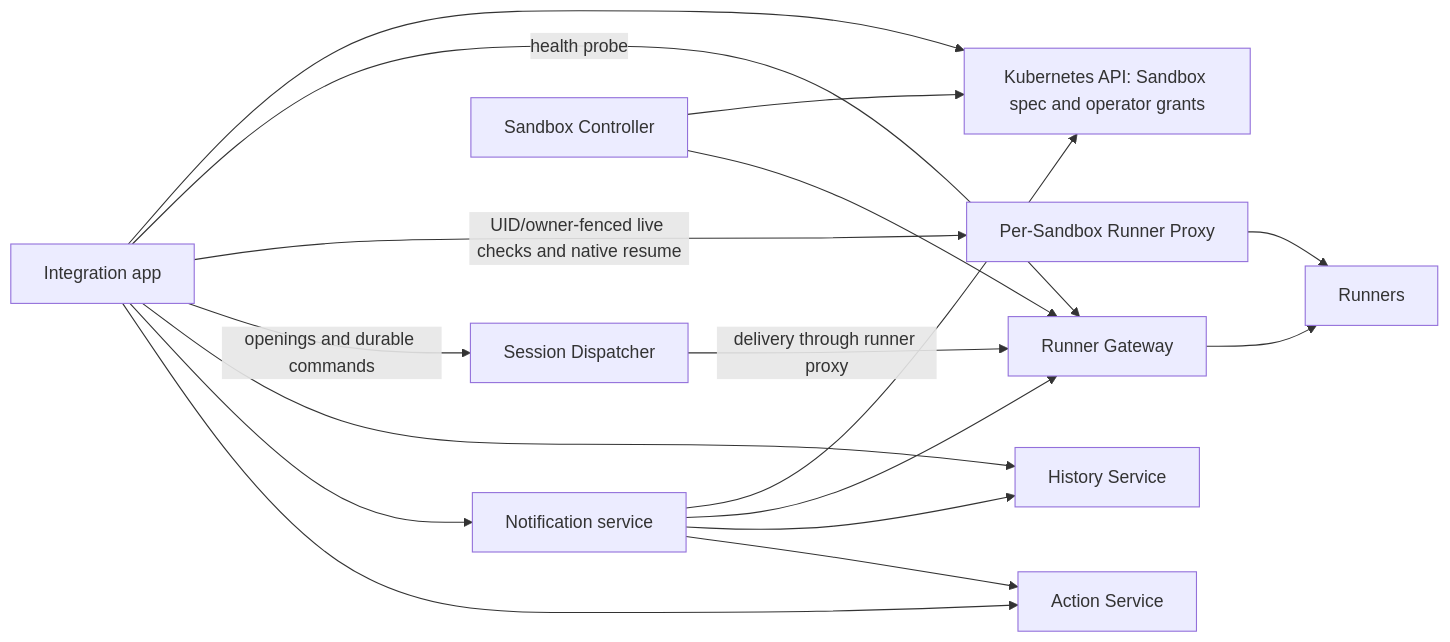
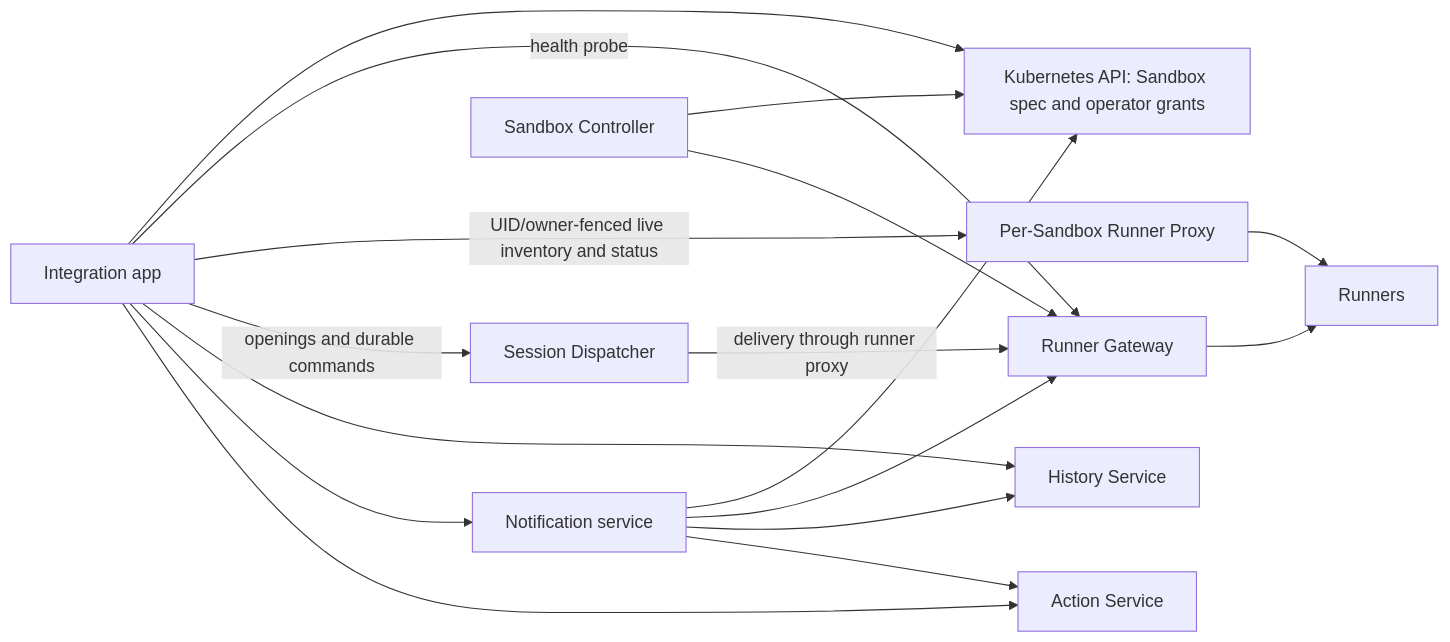
One commit to agentydragon-agent/ducktape changed the diagram in agentplane/docs/service_boundaries.md. Above: the diagram before and after it, drawn with Mermaid. The commit also changed other lines of this file and 8 other files, not shown here.

````diff
--- a/agentplane/docs/service_boundaries.md
+++ b/agentplane/docs/service_boundaries.md
@@ -13,19 +13,19 @@
 ```mermaid
 flowchart LR
     App[Integration app] --> Kubernetes[Kubernetes API: Sandbox spec and operator grants]
     App -->|health probe| Gateway[Runner Gateway]
-    App -->|UID/owner-fenced live checks and native resume| Proxy[Per-Sandbox Runner Proxy]
+    App -->|UID/owner-fenced live inventory and status| Proxy[Per-Sandbox Runner Proxy]
     App -->|openings and durable commands| Dispatcher[Session Dispatcher]
     Dispatcher -->|delivery through runner proxy| Gateway
     App --> History[History Service]
     App --> Notifications[Notification service]
     App --> Actions[Action Service]
     Notifications --> Kubernetes
     Notifications --> Gateway
     Notifications --> History
     Notifications --> Actions
     Controller[Sandbox Controller] --> Kubernetes
     Controller --> Gateway
     Gateway --> Runners[Runners]
     Proxy --> Runners
 ```
````
